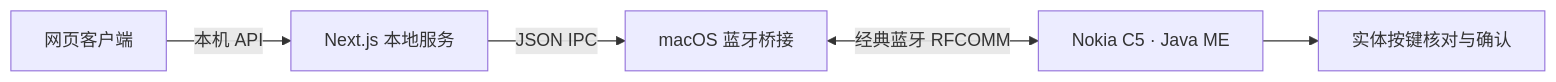
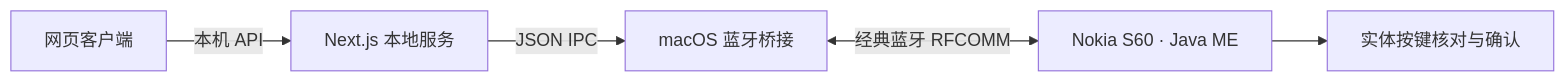
The diagram in README.md (LidamaoHub/Nokia-Wallet), drawn with Mermaid before and after one commit. The commit also changed other lines of this file and 1 other file, not shown here.

Commit message:
Position NWallet for Nokia S60 and clarify mnemonic terminology

````diff
--- a/README.md
+++ b/README.md
@@ -31,7 +31,7 @@
 ```mermaid
 flowchart LR
     Web[网页客户端] -->|本机 API| Node[Next.js 本地服务]
     Node -->|JSON IPC| Bridge[macOS 蓝牙桥接]
-    Bridge <-->|经典蓝牙 RFCOMM| Phone[Nokia C5 · Java ME]
+    Bridge <-->|经典蓝牙 RFCOMM| Phone[Nokia S60 · Java ME]
     Phone --> Review[实体按键核对与确认]
 ```
````
